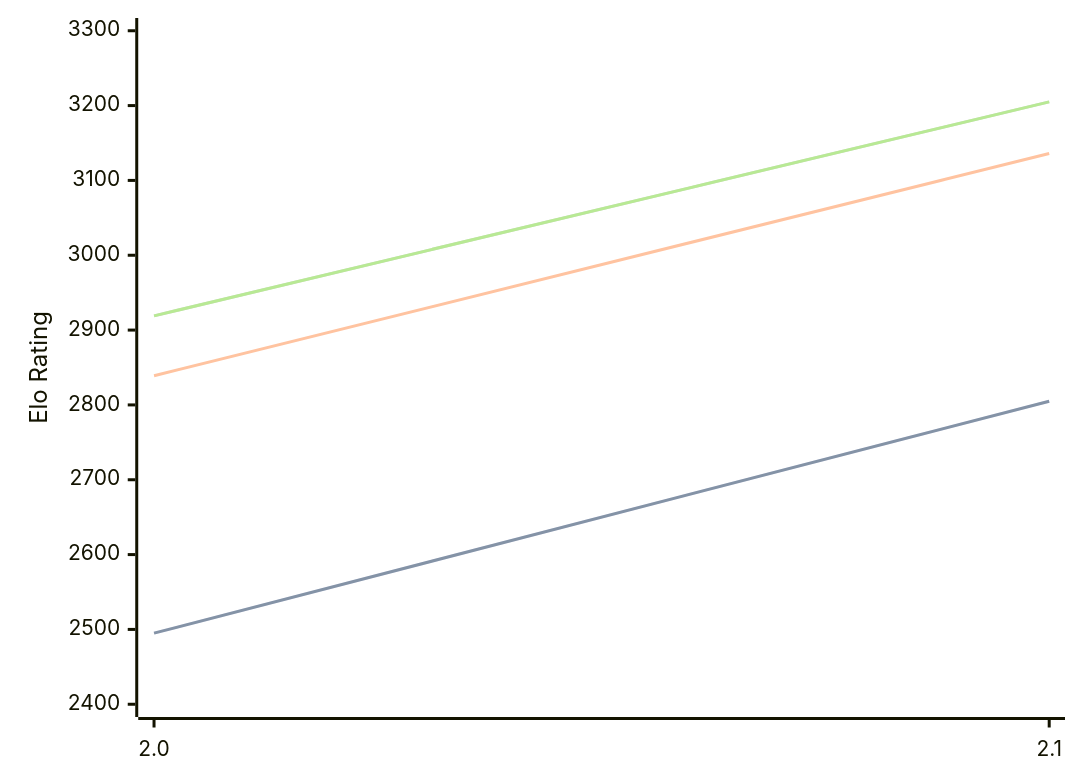
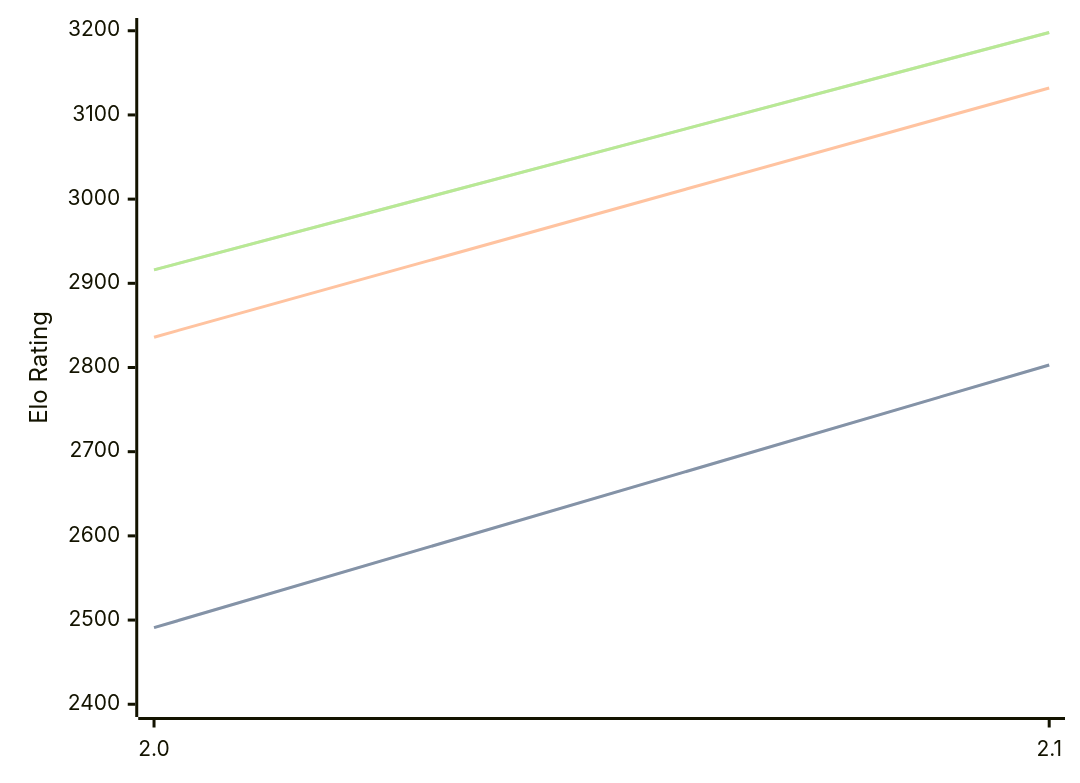
One commit to computer-chess-index/cci changed the diagram in engines/Tunguska.md. Above: the diagram before and after it, drawn with Mermaid. The commit also changed other lines of this file, not shown here.

Commit message:
Update CCI Ratings (ELO VLTC) - 2026-08-12

````diff
--- a/engines/Tunguska.md
+++ b/engines/Tunguska.md
@@ -32,11 +32,11 @@
 ```mermaid
 %%{init: {"theme":"base","themeVariables":{"seriesColors:['#a3a3a3','#222221','#faa371']}}}%%
 xychart-beta
   x-axis ["2.0", "2.1"]
-  y-axis "Elo Rating" 2400 --> 3300
-  line "STC (8.0+0.08s)" [2495, 2805]
-  line "STC (8.0+0.08s)" [2495, 2805]
-  line "LTC (60.0+0.60s)" [2839, 3136]
-  line "VLTC (2m24s+1.12s)" [2919, 3205]
-  line "VLTC (2m24s+1.12s)" [2919, 3205]
+  y-axis "Elo Rating" 2400 --> 3200
+  line "STC (8.0+0.08s)" [2491, 2803]
+  line "STC (8.0+0.08s)" [2491, 2803]
+  line "LTC (60.0+0.60s)" [2836, 3132]
+  line "VLTC (2m24s+1.12s)" [2916, 3198]
+  line "VLTC (2m24s+1.12s)" [2916, 3198]
 ```
````
